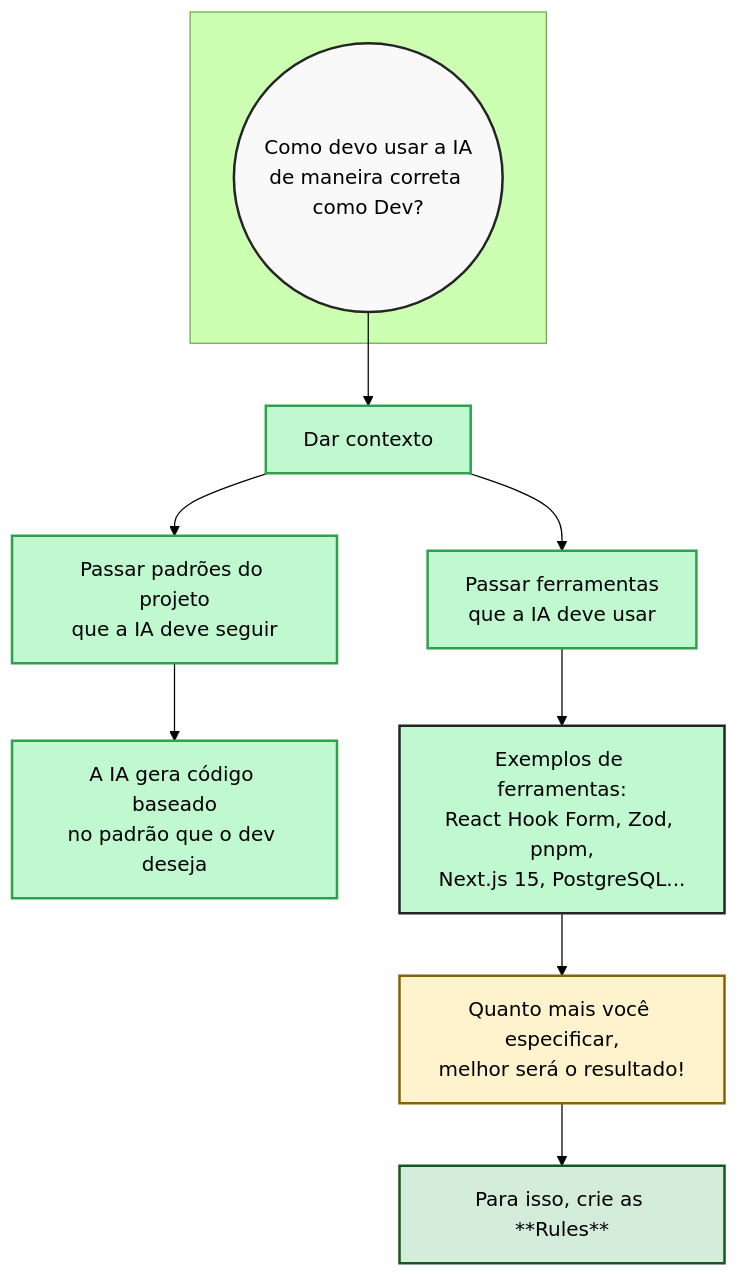
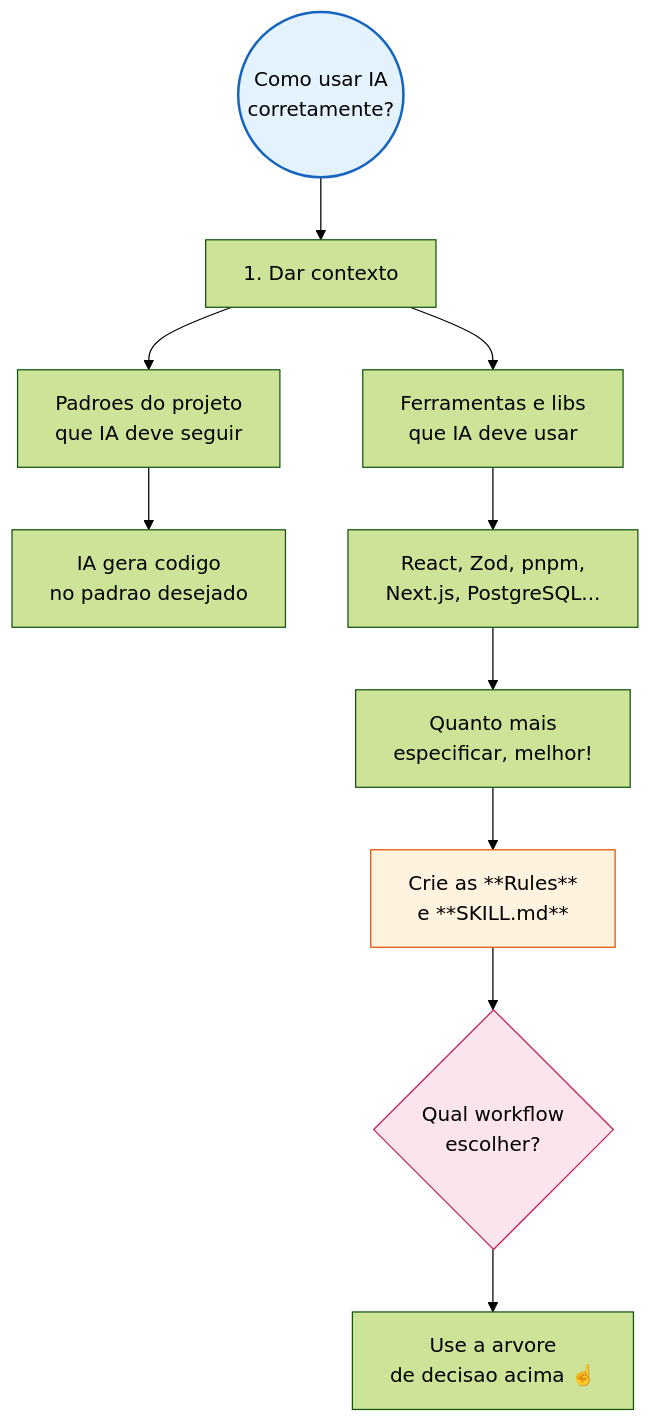
One commit to LuisCarlos01/WorkFlow changed the seventh of 7 diagrams in docs/workflow.md. Above: the diagram before and after it, drawn with Mermaid (forest theme). The commit also changed other lines of this file and 1 other file, not shown here.

First line of the commit message:
docs(readme): atualiza README com fluxo cognitivo de escolha de workflow

````diff
--- a/docs/workflow.md
+++ b/docs/workflow.md
@@ -5,28 +213,20 @@
 ```mermaid
 flowchart TD
-    subgraph inicio[" "]
-        A((Como devo usar a IA<br/>de maneira correta como Dev?))
-    end
+    A((Como usar IA<br/>corretamente?)) --> B[1. Dar contexto]
+    
+    B --> C[Padroes do projeto<br/>que IA deve seguir]
+    B --> D[Ferramentas e libs<br/>que IA deve usar]
+    
+    C --> E[IA gera codigo<br/>no padrao desejado]
+    D --> F[React, Zod, pnpm,<br/>Next.js, PostgreSQL...]
+    
+    F --> G[Quanto mais<br/>especificar, melhor!]
+    G --> H[Crie as **Rules**<br/>e **SKILL.md**]
+    
+    H --> I{Qual workflow<br/>escolher?}
+    I --> J[Use a arvore<br/>de decisao acima ☝️]
 
-    A --> B[Dar contexto]
-
-    B --> C[Passar padrões do projeto<br/>que a IA deve seguir]
-    B --> D[Passar ferramentas<br/>que a IA deve usar]
-
-    C --> E[A IA gera código baseado<br/>no padrão que o dev deseja]
-
-    D --> F[Exemplos de ferramentas:<br/>React Hook Form, Zod, pnpm,<br/>Next.js 15, PostgreSQL...]
-
-    F --> G[Quanto mais você especificar,<br/>melhor será o resultado!]
-
-    G --> H[Para isso, crie as **Rules**]
-
-    style A fill:#f9f9f9,stroke:#242424,stroke-width:2px
-    style B fill:#c0f8d0,stroke:#30a050,stroke-width:2px
-    style C fill:#c0f8d0,stroke:#30a050,stroke-width:2px
-    style D fill:#c0f8d0,stroke:#30a050,stroke-width:2px
-    style E fill:#c0f8d0,stroke:#30a050,stroke-width:2px
-    style F fill:#c0f8d0,stroke:#242424,stroke-width:2px
-    style G fill:#fff3cd,stroke:#856404,stroke-width:2px
-    style H fill:#d4edda,stroke:#155724,stroke-width:2px
+    style A fill:#e3f2fd,stroke:#1565c0,stroke-width:2px
+    style H fill:#fff3e0,stroke:#e65100
+    style I fill:#fce4ec,stroke:#c2185b
 ```
````
